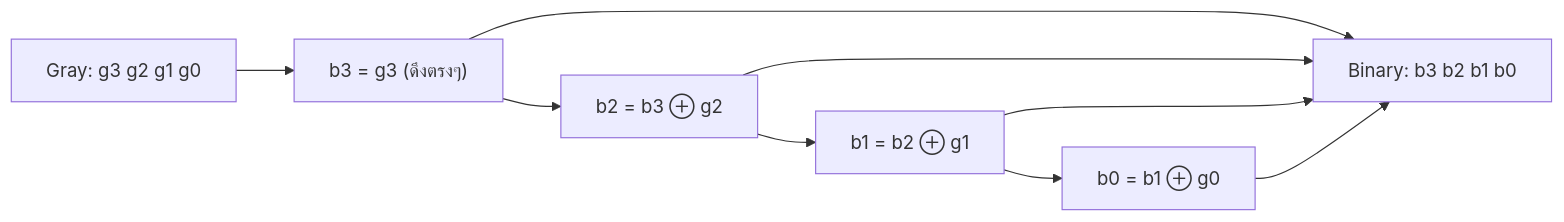
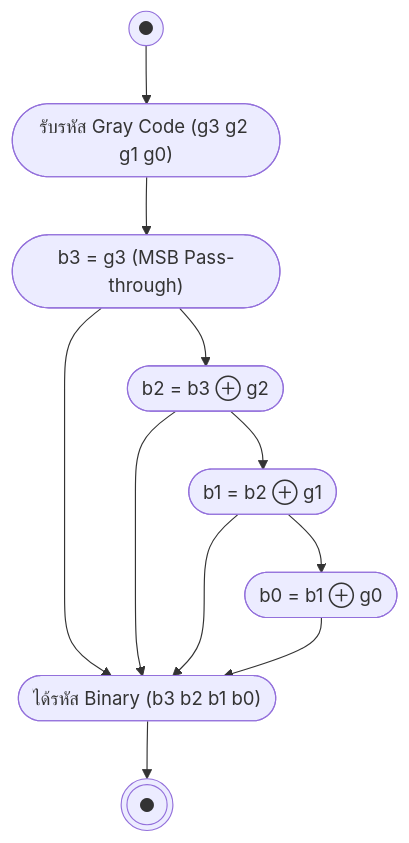
Before and after one commit to PhuriphatTyPeZ3r0/Course-1322201-Digital-Logic-Design-2026: the third of 3 diagrams in 01_Lectures/Week1/Excess3-Gray-Code.md, drawn with Mermaid. The commit also changed other lines of this file and 18 other files, not shown here.

Commit message:
refactor: standardize diagrams to UML specifications across notes and templates

````diff
--- a/01_Lectures/Week1/Excess3-Gray-Code.md
+++ b/01_Lectures/Week1/Excess3-Gray-Code.md
@@ -68,9 +71,10 @@
 ```mermaid
-flowchart LR
-    G["Gray: g3 g2 g1 g0"]
-    G --> B3["b3 = g3 (ดึงตรงๆ)"]
-    B3 --> B2["b2 = b3 ⊕ g2"]
-    B2 --> B1["b1 = b2 ⊕ g1"]
-    B1 --> B0["b0 = b1 ⊕ g0"]
-    B3 & B2 & B1 & B0 --> Bin["Binary: b3 b2 b1 b0"]
+flowchart TD
+    Start((●)) --> G(["รับรหัส Gray Code (g3 g2 g1 g0)"])
+    G --> B3(["b3 = g3 (MSB Pass-through)"])
+    B3 --> B2(["b2 = b3 ⊕ g2"])
+    B2 --> B1(["b1 = b2 ⊕ g1"])
+    B1 --> B0(["b0 = b1 ⊕ g0"])
+    B3 & B2 & B1 & B0 --> Bin(["ได้รหัส Binary (b3 b2 b1 b0)"])
+    Bin --> Stop(((●)))
 ```
````
